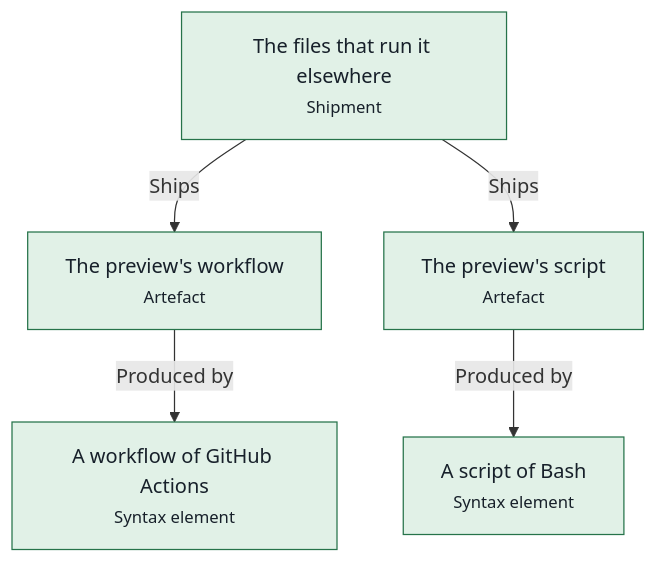
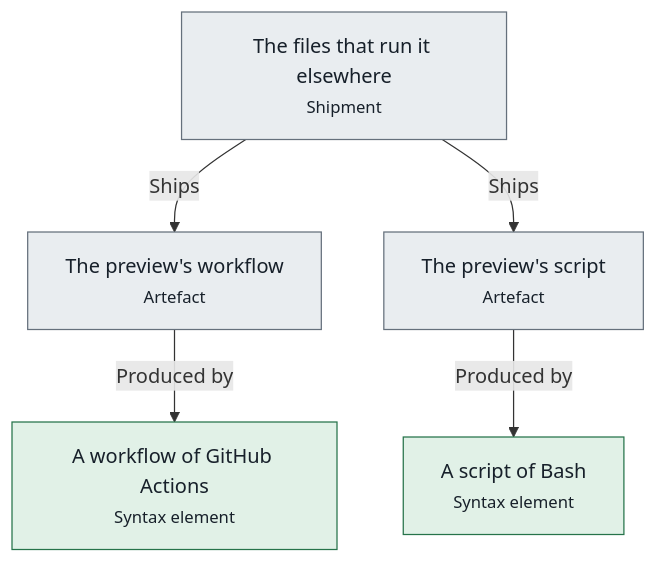
One commit to advancedcognitivesystems-ai/trame changed the third of 3 diagrams in apps/poselia/docs/pipelines.md. Above: the diagram before and after it, drawn with Mermaid. The commit also changed other lines of this file and 28 other files, not shown here.

````diff
--- a/apps/poselia/docs/pipelines.md
+++ b/apps/poselia/docs/pipelines.md
@@ -286,17 +286,17 @@
 ```mermaid
 flowchart TB
-  n0["The preview's script<br/><small>Artefact</small>"]:::held
+  n0["The preview's script<br/><small>Artefact</small>"]:::unknown
   n1["A script of Bash<br/><small>Syntax element</small>"]:::held
-  n2["The preview's workflow<br/><small>Artefact</small>"]:::held
+  n2["The preview's workflow<br/><small>Artefact</small>"]:::unknown
   n3["A workflow of GitHub Actions<br/><small>Syntax element</small>"]:::held
-  n4["The files that run it elsewhere<br/><small>Shipment</small>"]:::held
+  n4["The files that run it elsewhere<br/><small>Shipment</small>"]:::unknown
   n0 -->|Produced by| n1
   n2 -->|Produced by| n3
   n4 -->|Ships| n2
   n4 -->|Ships| n0
   classDef held fill:#e1f1e7,stroke:#26734a,color:#17202a
   classDef blocked fill:#fbf0d9,stroke:#9a6200,color:#17202a
   classDef violated fill:#f9e3e1,stroke:#ad2a22,color:#17202a
   classDef unknown fill:#e9edf0,stroke:#65707c,color:#17202a
   classDef neutral fill:#ffffff,stroke:#5a6672,color:#17202a
 ```
````
